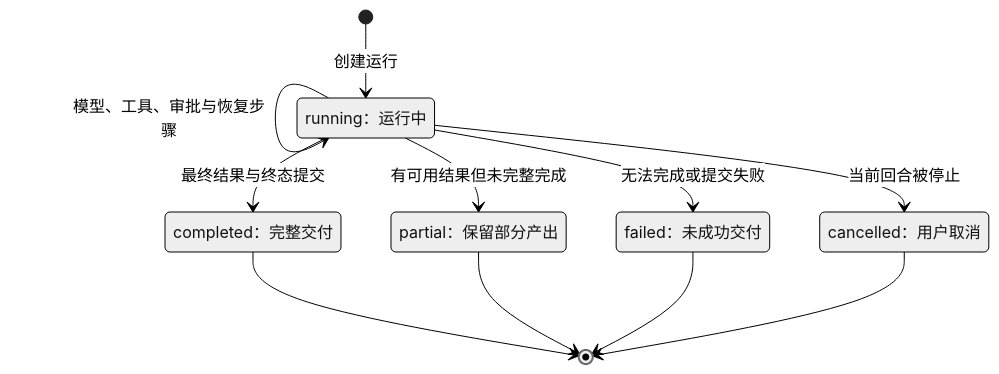
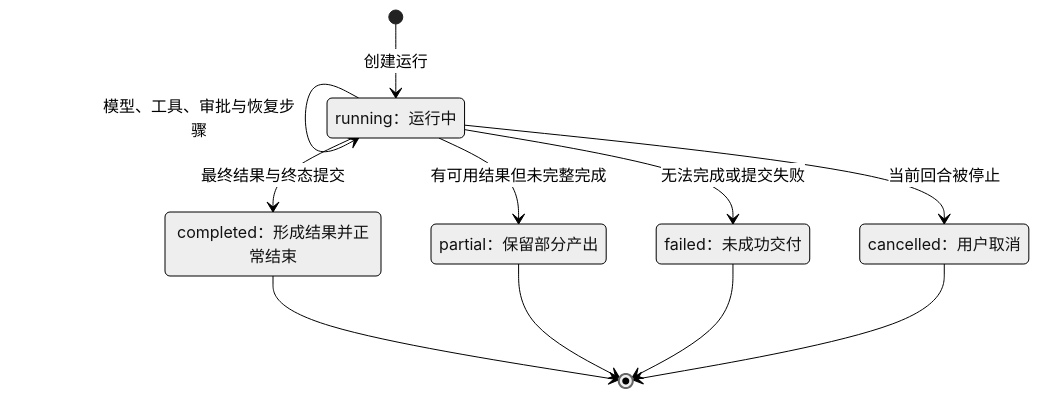
The third of 4 diagrams in design.md (khalil-wu/minicode), drawn with Mermaid (neutral theme) before and after one commit. The commit also changed other lines of this file and 1331 other files, not shown here.

````diff
--- a/design.md
+++ b/design.md
@@ -567,18 +617,18 @@
 ```mermaid
 stateDiagram-v2
     state "running：运行中" as Running
-    state "completed：完整交付" as Completed
+    state "completed：形成结果并正常结束" as Completed
     state "partial：保留部分产出" as Partial
     state "failed：未成功交付" as Failed
     state "cancelled：用户取消" as Cancelled
     [*] --> Running: 创建运行
     Running --> Running: 模型、工具、审批与恢复步骤
     Running --> Completed: 最终结果与终态提交
     Running --> Partial: 有可用结果但未完整完成
     Running --> Failed: 无法完成或提交失败
     Running --> Cancelled: 当前回合被停止
     Completed --> [*]
     Partial --> [*]
     Failed --> [*]
     Cancelled --> [*]
 ```
````
